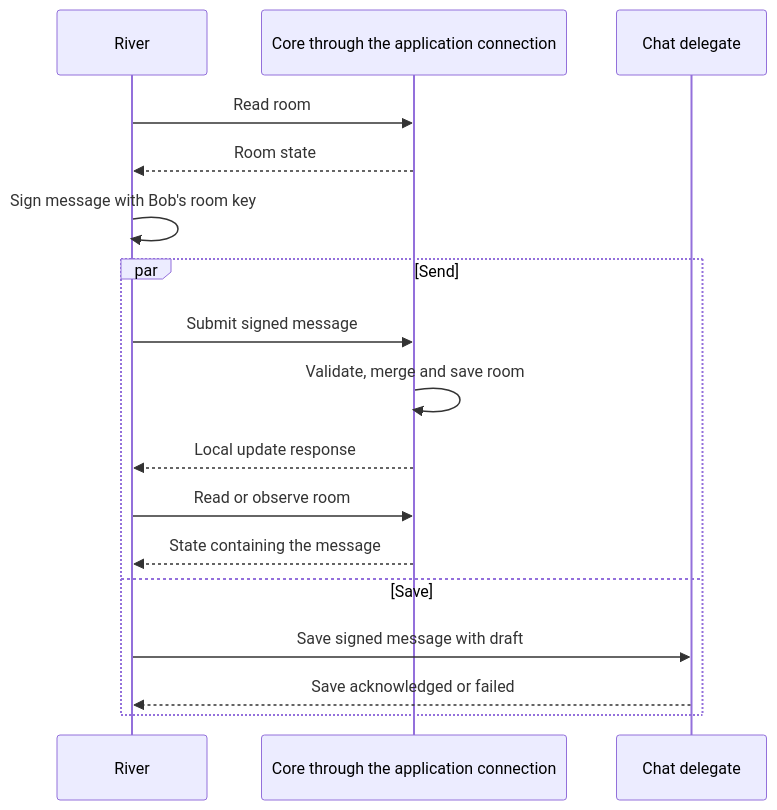
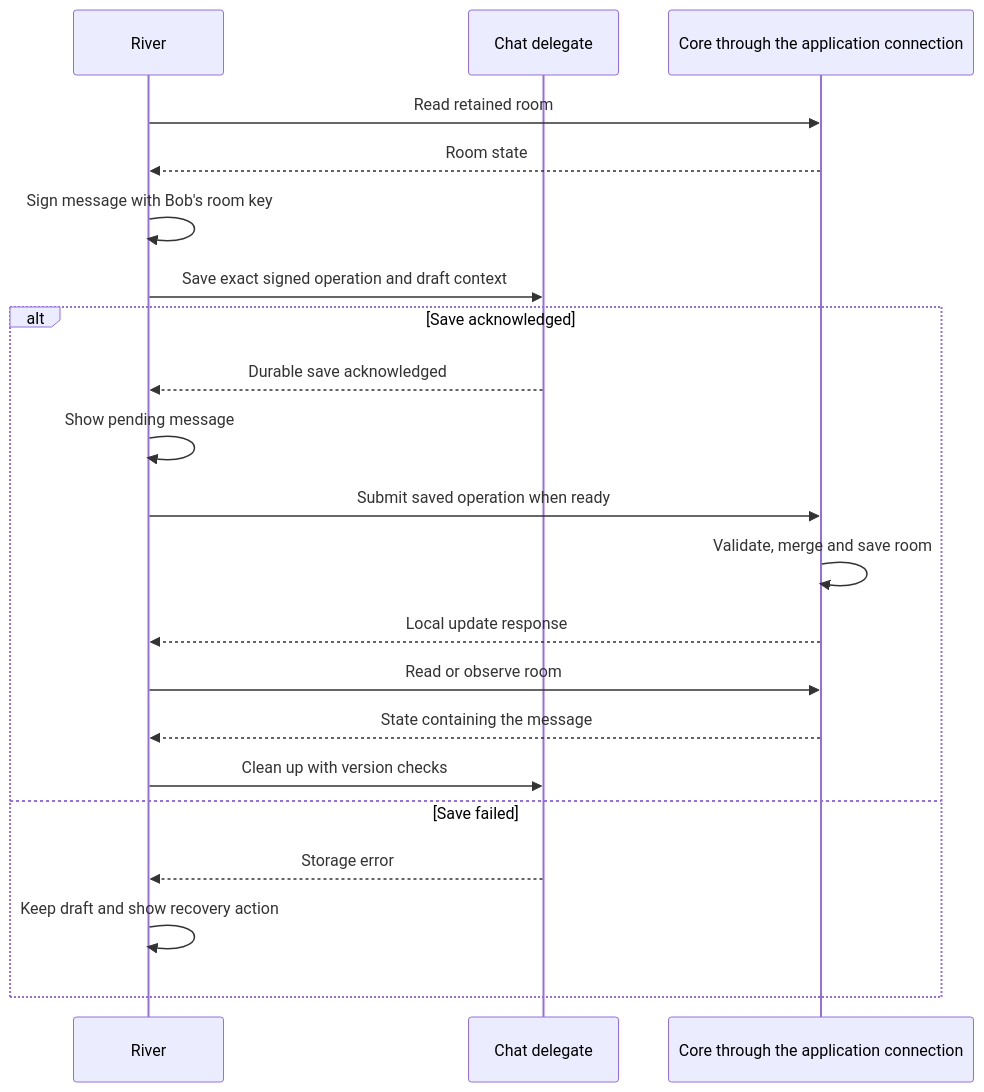
One commit to EVY-Platform/evy-freenet-plans changed the diagram in 1-freenet-mobile-appkit/06-data-and-operations.md. Above: the diagram before and after it, drawn with Mermaid. The commit also changed other lines of this file and 29 other files, not shown here.

````diff
--- a/1-freenet-mobile-appkit/06-data-and-operations.md
+++ b/1-freenet-mobile-appkit/06-data-and-operations.md
@@ -44,19 +44,23 @@
 ```mermaid
 sequenceDiagram
     participant River
+    participant Delegate as Chat delegate
     participant Core as Core through the application connection
-    participant Delegate as Chat delegate
-    River->>Core: Read room
+    River->>Core: Read retained room
     Core-->>River: Room state
     River->>River: Sign message with Bob's room key
-    par Send
-        River->>Core: Submit signed message
+    River->>Delegate: Save exact signed operation and draft context
+    alt Save acknowledged
+        Delegate-->>River: Durable save acknowledged
+        River->>River: Show pending message
+        River->>Core: Submit saved operation when ready
         Core->>Core: Validate, merge and save room
         Core-->>River: Local update response
         River->>Core: Read or observe room
         Core-->>River: State containing the message
-    and Save
-        River->>Delegate: Save signed message with draft
-        Delegate-->>River: Save acknowledged or failed
+        River->>Delegate: Clean up with version checks
+    else Save failed
+        Delegate-->>River: Storage error
+        River->>River: Keep draft and show recovery action
     end
 ```
````
